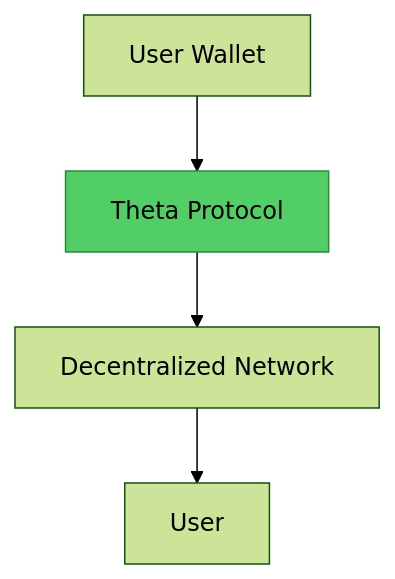
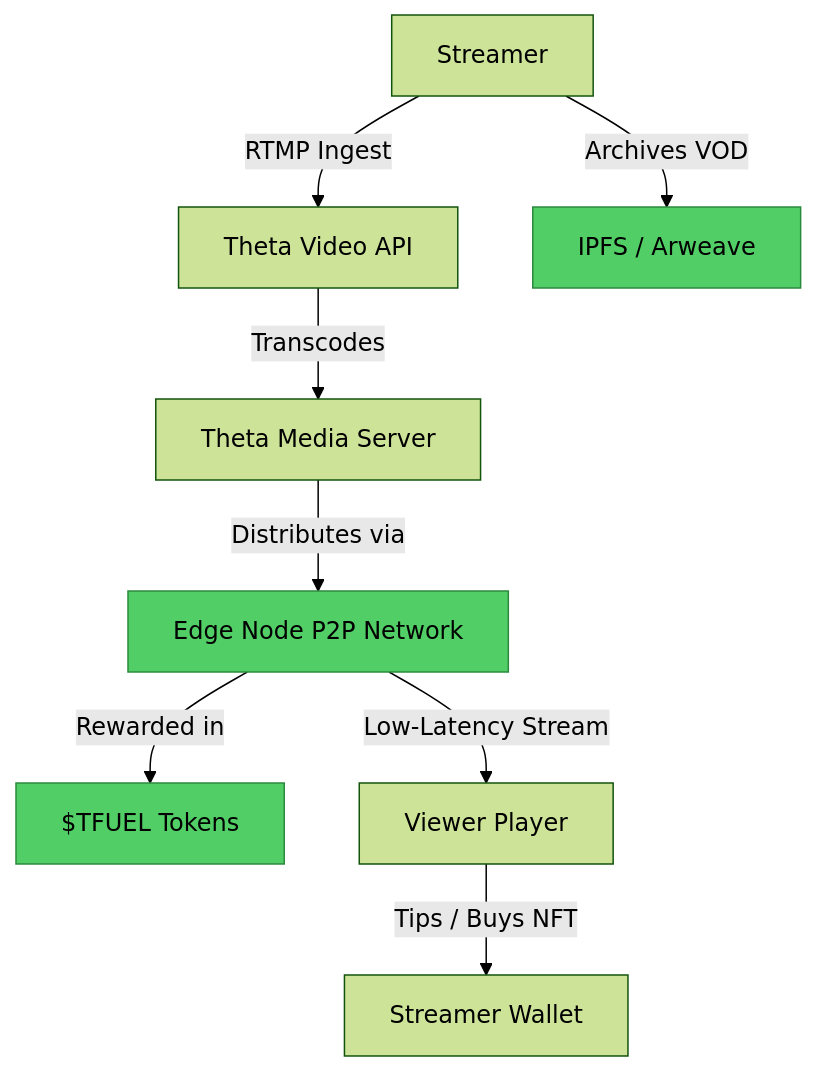
Before and after one commit to Elvatar2/Web2-To-Web3-Migration-Guide: the second of 2 diagrams in 02-content-streaming/03-twitch-to-theta.md, drawn with Mermaid (forest theme). The commit also changed other lines of this file, not shown here.

````diff
--- a/02-content-streaming/03-twitch-to-theta.md
+++ b/02-content-streaming/03-twitch-to-theta.md
@@ -63,8 +76,14 @@
 ```mermaid
 graph TB
-    A[User Wallet] --> B[Theta Protocol]
-    B --> C[Decentralized Network]
-    C --> D[User]
+    A[Streamer] -->|RTMP Ingest| B[Theta Video API]
+    B -->|Transcodes| C[Theta Media Server]
+    C -->|Distributes via| D[Edge Node P2P Network]
+    D -->|Rewarded in| E[$TFUEL Tokens]
+    D -->|Low-Latency Stream| F[Viewer Player]
+    F -->|Tips / Buys NFT| G[Streamer Wallet]
+    A -->|Archives VOD| H[IPFS / Arweave]
 
-    style B fill:#51cf66,stroke:#2b8a3e
+    style D fill:#51cf66,stroke:#2b8a3e
+    style E fill:#51cf66,stroke:#2b8a3e
+    style H fill:#51cf66,stroke:#2b8a3e
 ```
````
